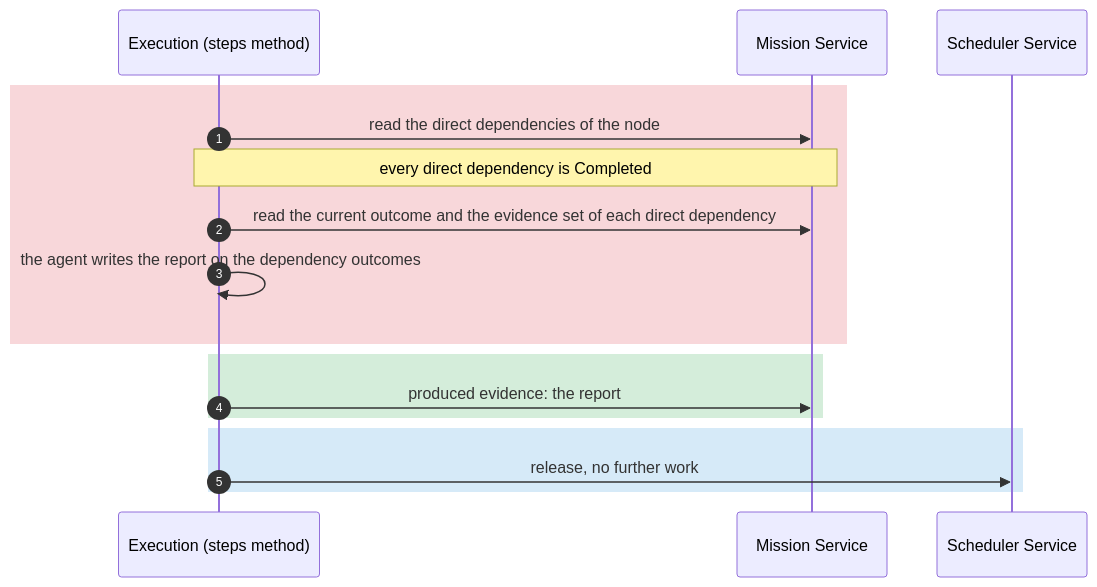
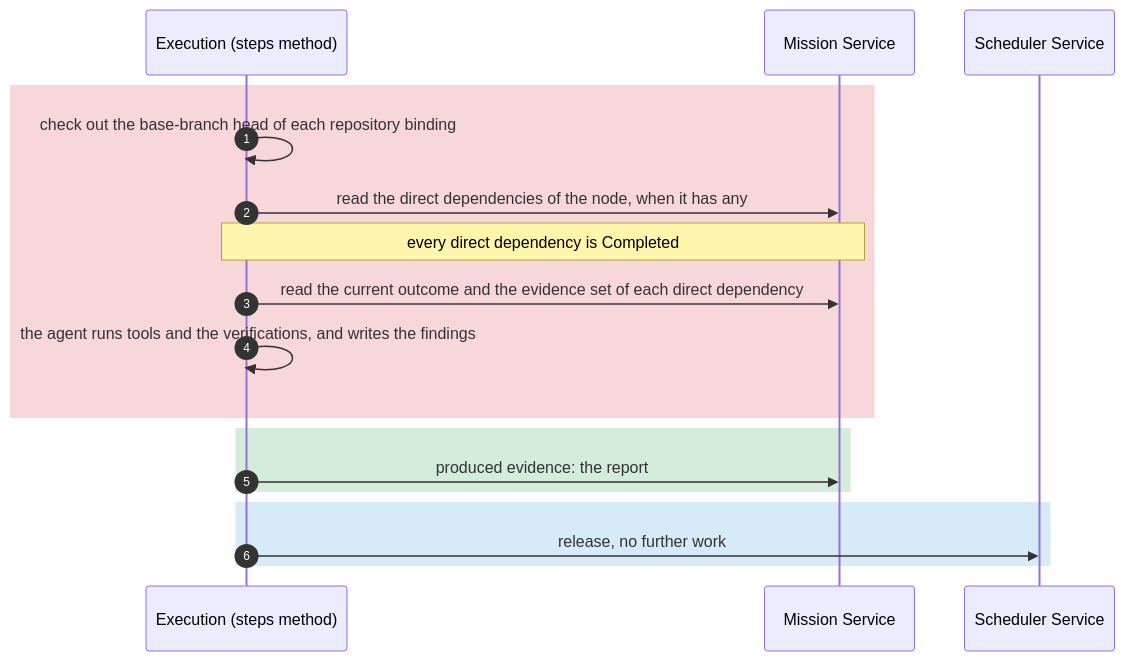
Before and after one commit to kanthorlabs/kanthord: the third of 8 diagrams in docs/brainstorm/worker-service.md, drawn with Mermaid. The commit also changed other lines of this file and 5 other files, not shown here.

Commit message:
docs(brainstorm): execute a node across several repository bindings and examine its base-branch heads

````diff
--- a/docs/brainstorm/worker-service.md
+++ b/docs/brainstorm/worker-service.md
@@ -417,20 +432,21 @@
 ```mermaid
 sequenceDiagram
     autonumber
     participant E as Execution (steps method)
     participant M as Mission Service
     participant S as Scheduler Service
 
     rect rgb(248, 215, 218)
-        E->>M: read the direct dependencies of the node
+        E->>E: check out the base-branch head of each repository binding
+        E->>M: read the direct dependencies of the node, when it has any
         Note over E,M: every direct dependency is Completed
         E->>M: read the current outcome and the evidence set of each direct dependency
-        E->>E: the agent writes the report on the dependency outcomes
+        E->>E: the agent runs tools and the verifications, and writes the findings
     end
     rect rgb(212, 237, 218)
         E->>M: produced evidence: the report
     end
     rect rgb(214, 234, 248)
         E->>S: release, no further work
     end
 ```
````
